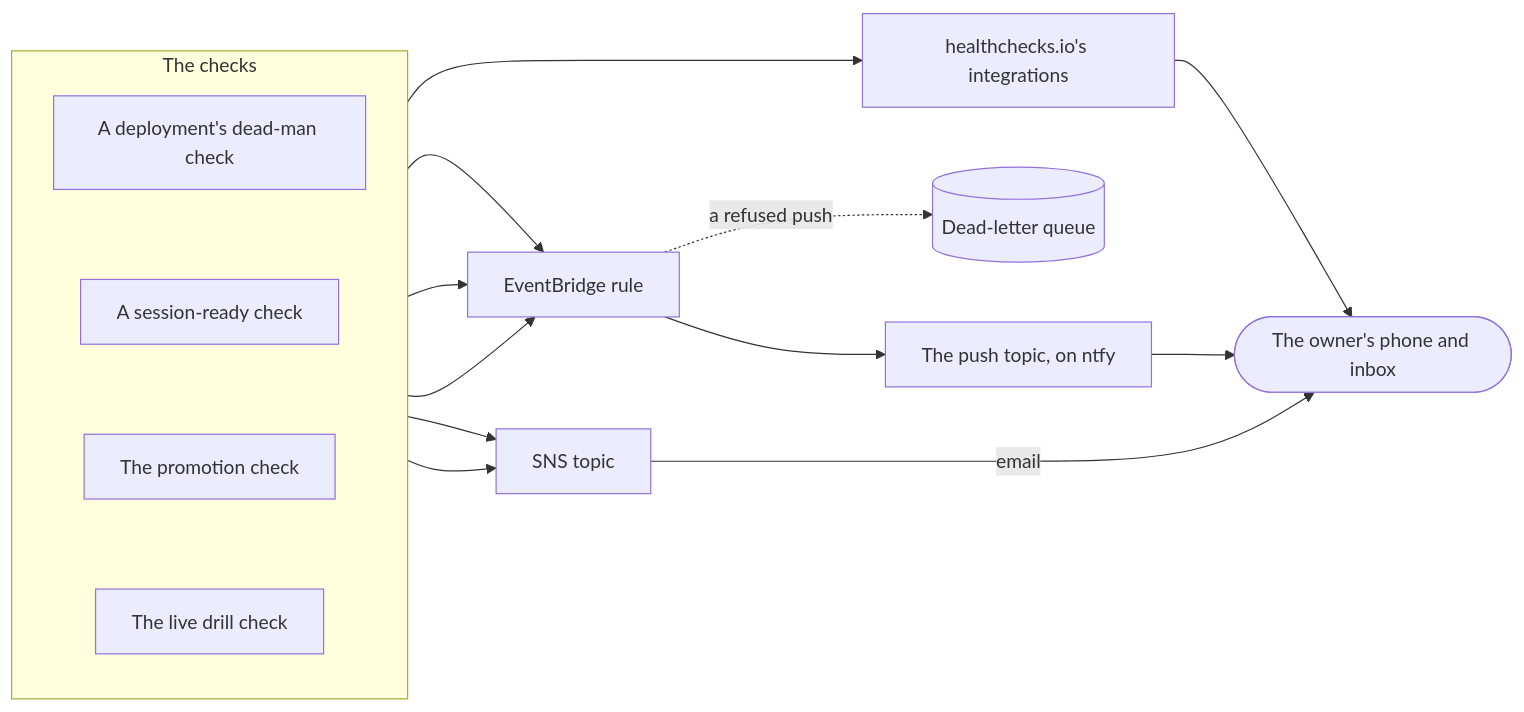
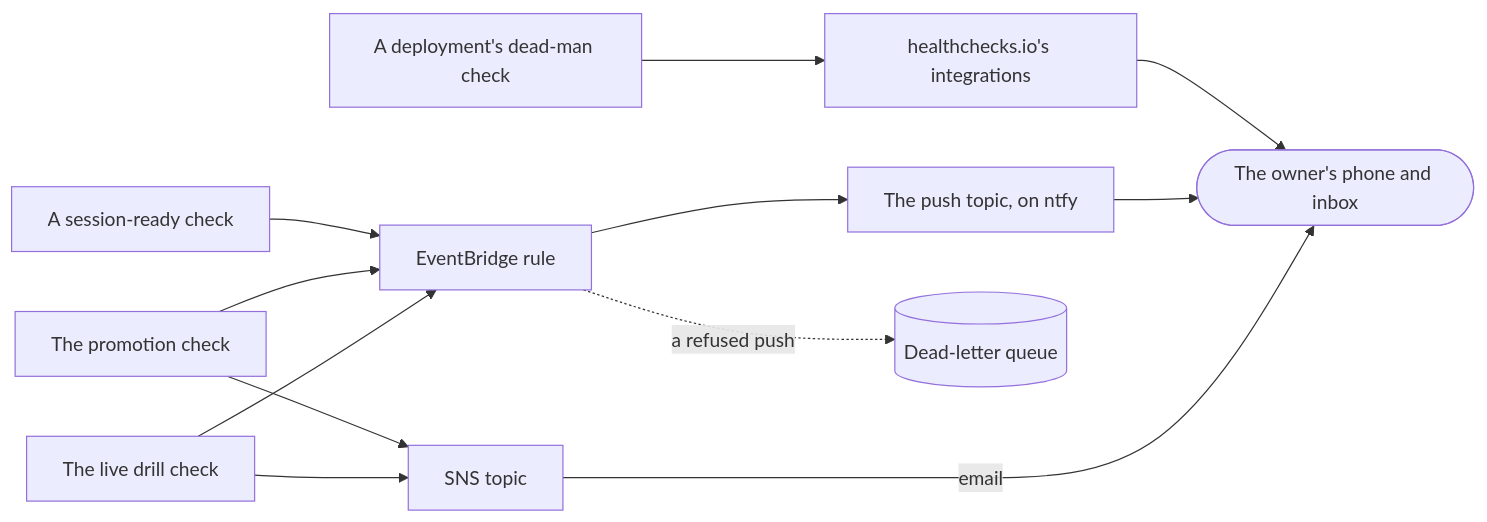
Before and after one commit to l3a0/ithildin-runtime: diagram 33 of 34 in docs/architecture.md, drawn with Mermaid.

Commit message:
docs: keep the alert routes diagram in the table's order
Round 6's diagram spread the checks in a staircase, because Mermaid drops
a subgraph's direction once its nodes link outside it.

````diff
--- a/docs/architecture.md
+++ b/docs/architecture.md
@@ -3274,25 +3274,25 @@
 ```mermaid
 flowchart LR
-    subgraph checks["The checks"]
-        direction TB
-        deadman["A deployment's dead-man check"] ~~~ ready["A session-ready check"] ~~~ promo["The promotion check"] ~~~ drill["The live drill check"]
-    end
+    deadman["A deployment's dead-man check"]
+    ready["A session-ready check"]
+    promo["The promotion check"]
+    drill["The live drill check"]
     hc["healthchecks.io's integrations"]
     rule["EventBridge rule"]
+    sns["SNS topic"]
+    push["The push topic, on ntfy"]
     dlq[("Dead-letter queue")]
-    push["The push topic, on ntfy"]
-    sns["SNS topic"]
     owner(["The owner's phone and inbox"])
 
     deadman --> hc
     ready --> rule
     promo --> rule
     drill --> rule
     promo --> sns
     drill --> sns
+    hc --> owner
     rule --> push
     rule -.->|"a refused push"| dlq
-    hc --> owner
     push --> owner
     sns -->|"email"| owner
 ```
````
